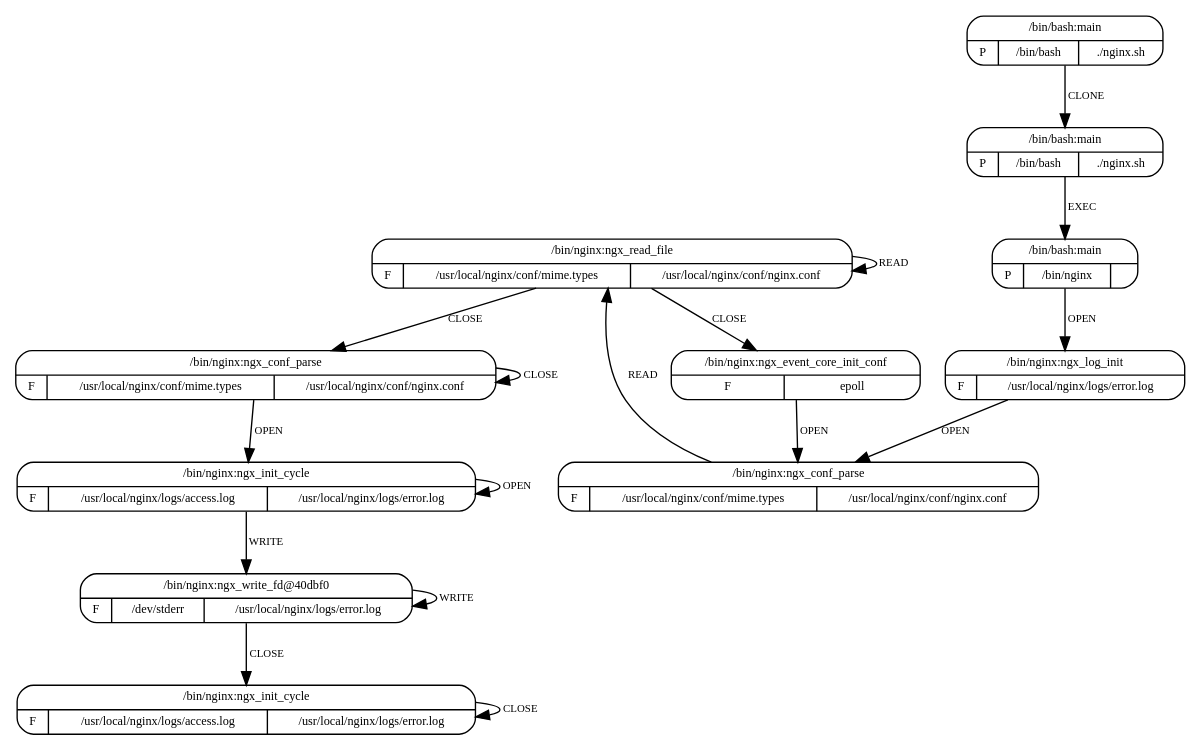
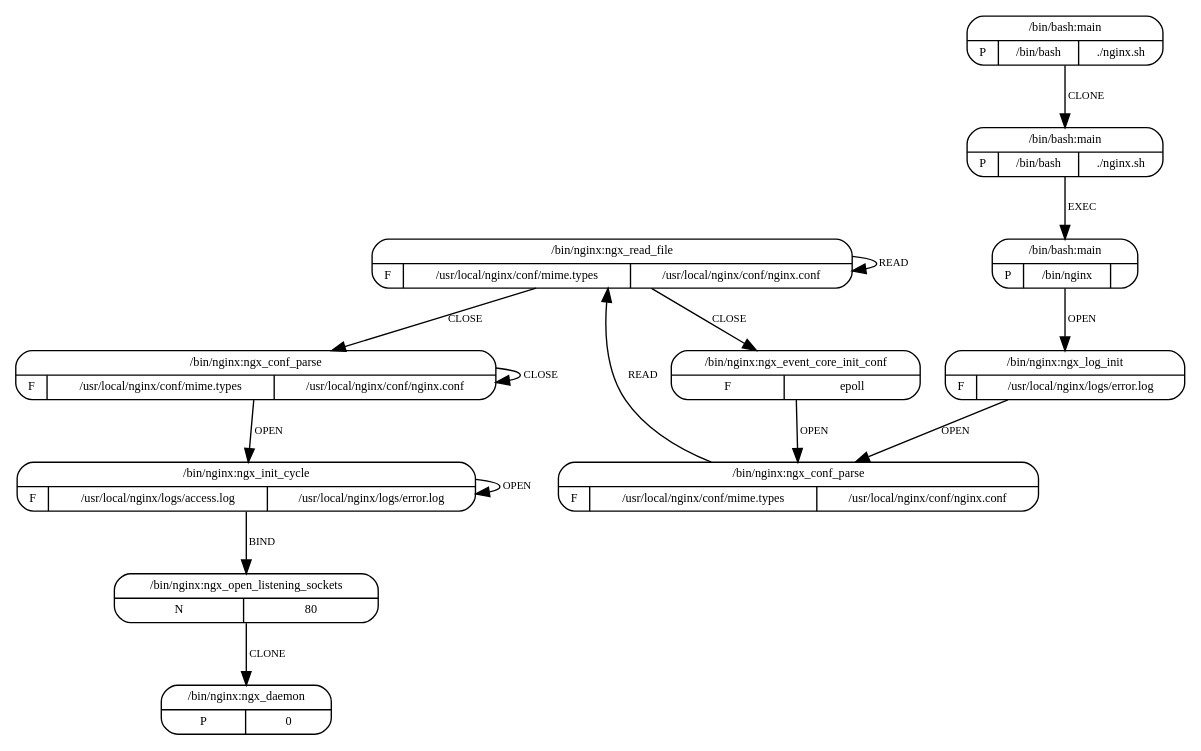
One commit to sysflow-telemetry/upolicycraft changed the diagram in plugins/mrm/resources/models/nginx.dot. Above: the diagram before and after it, drawn with Graphviz. The commit also changed 5 other files, not shown here.

```diff
--- a/plugins/mrm/resources/models/nginx.dot
+++ b/plugins/mrm/resources/models/nginx.dot
@@ -1,49 +1,44 @@
 digraph G {
   4 [shape=Mrecord,
      label="{{/bin/nginx:ngx_read_file}|{F|{/usr/local/nginx/conf/mime.types}|{/usr/local/nginx/conf/nginx.conf}}}",
-     fontsize=9, ];
-  7 [shape=Mrecord,
-     label="{{/bin/nginx:ngx_write_fd@40dbf0}|{F|{/dev/stderr}|{/usr/local/nginx/logs/error.log}}}",
      fontsize=9, ];
   9 [shape=Mrecord, label="{{/bin/nginx:ngx_event_core_init_conf}|{F|{epoll}}}",
      fontsize=9, ];
   5 [shape=Mrecord,
      label="{{/bin/nginx:ngx_conf_parse}|{F|{/usr/local/nginx/conf/mime.types}|{/usr/local/nginx/conf/nginx.conf}}}",
      fontsize=9, ];
   10 [shape=Mrecord,
       label="{{/bin/nginx:ngx_conf_parse}|{F|{/usr/local/nginx/conf/mime.types}|{/usr/local/nginx/conf/nginx.conf}}}",
       fontsize=9, ];
-  8 [shape=Mrecord,
-     label="{{/bin/nginx:ngx_init_cycle}|{F|{/usr/local/nginx/logs/access.log}|{/usr/local/nginx/logs/error.log}}}",
-     fontsize=9, ];
   6 [shape=Mrecord,
      label="{{/bin/nginx:ngx_init_cycle}|{F|{/usr/local/nginx/logs/access.log}|{/usr/local/nginx/logs/error.log}}}",
      fontsize=9, ];
+  7 [shape=Mrecord, label="{{/bin/nginx:ngx_open_listening_sockets}|{N|{80}}}",
+     fontsize=9, ];
+  8 [shape=Mrecord, label="{{/bin/nginx:ngx_daemon}|{P|0}}", fontsize=9, ];
   3 [shape=Mrecord,
      label="{{/bin/nginx:ngx_log_init}|{F|{/usr/local/nginx/logs/error.log}}}",
      fontsize=9, ];
   0 [shape=Mrecord, label="{{/bin/bash:main}|{P|/bin/bash|./nginx.sh}}",
      fontsize=9, ];
   1 [shape=Mrecord, label="{{/bin/bash:main}|{P|/bin/bash|./nginx.sh}}",
      fontsize=9, ];
   2 [shape=Mrecord, label="{{/bin/bash:main}|{P|/bin/nginx|}}", fontsize=9, ];
   
   
   4 -> 4 [label="READ", fontsize=8, ];
   4 -> 9 [label="CLOSE", fontsize=8, ];
   4 -> 5 [label="CLOSE", fontsize=8, ];
-  7 -> 7 [label="WRITE", fontsize=8, ];
-  7 -> 8 [label="CLOSE", fontsize=8, ];
   9 -> 10 [label="OPEN", fontsize=8, ];
   5 -> 5 [label="CLOSE", fontsize=8, ];
   5 -> 6 [label="OPEN", fontsize=8, ];
   10 -> 4 [label="READ", fontsize=8, ];
-  8 -> 8 [label="CLOSE", fontsize=8, ];
-  6 -> 7 [label="WRITE", fontsize=8, ];
   6 -> 6 [label="OPEN", fontsize=8, ];
+  6 -> 7 [label="BIND", fontsize=8, ];
+  7 -> 8 [label="CLONE", fontsize=8, ];
   3 -> 10 [label="OPEN", fontsize=8, ];
   0 -> 1 [label="CLONE", fontsize=8, ];
   1 -> 2 [label="EXEC", fontsize=8, ];
   2 -> 3 [label="OPEN", fontsize=8, ];
   
   }
```
